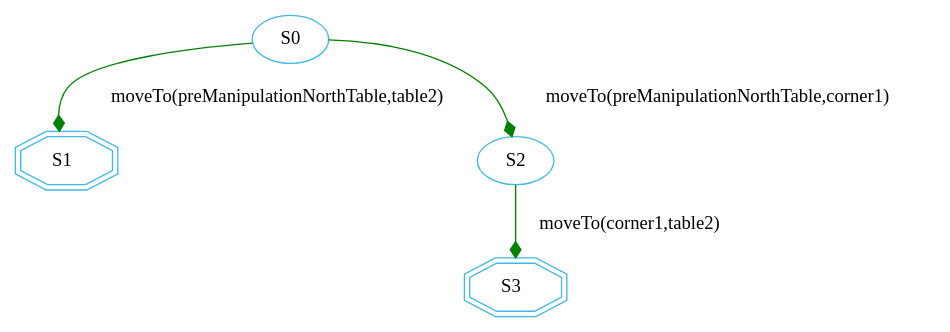
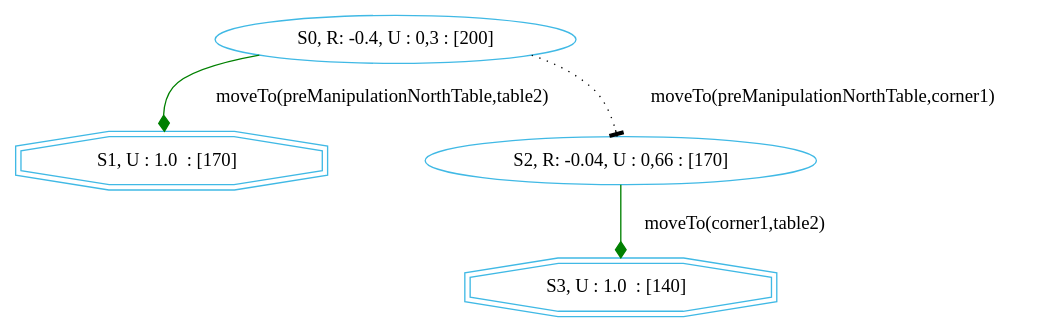
One commit to htiraHatem/CHIMP_MDP changed the diagram in chimp/src/main/java/examples/MDP/RACE/test_m_moveTo1.dot. Above: the diagram before and after it, drawn with Graphviz. The commit also changed 20 other files, not shown here.

```diff
--- a/chimp/src/main/java/examples/MDP/RACE/test_m_moveTo1.dot
+++ b/chimp/src/main/java/examples/MDP/RACE/test_m_moveTo1.dot
@@ -1,11 +1,9 @@
 digraph {
   node [color="#40b9e5" ]
  size="60,17";
-"1" [label=" S1  " shape=doubleoctagon];
-"3" [label=" S3  " shape=doubleoctagon];
-"0" [label=" S0 "];
-"2" [label=" S2 "];
-"0" -> "1" [ label="moveTo(preManipulationNorthTable,table2)"
+"1" [label=" S1, U : 1.0  : [170]  " shape=doubleoctagon];
+"3" [label=" S3, U : 1.0  : [140]  " shape=doubleoctagon];
+"0" [label=" S0, R: -0.4, U : 0,3 : [200] "]"2" [label=" S2, R: -0.04, U : 0,66 : [170] "]"0" -> "1" [ label="moveTo(preManipulationNorthTable,table2)"
 , arrowhead = diamond , color=green];"0" -> "2" [ label="moveTo(preManipulationNorthTable,corner1)"
-, arrowhead = diamond , color=green];"2" -> "3" [ label="moveTo(corner1,table2)"
+,style=dotted, arrowhead=tee];"2" -> "3" [ label="moveTo(corner1,table2)"
 , arrowhead = diamond , color=green];}
```
